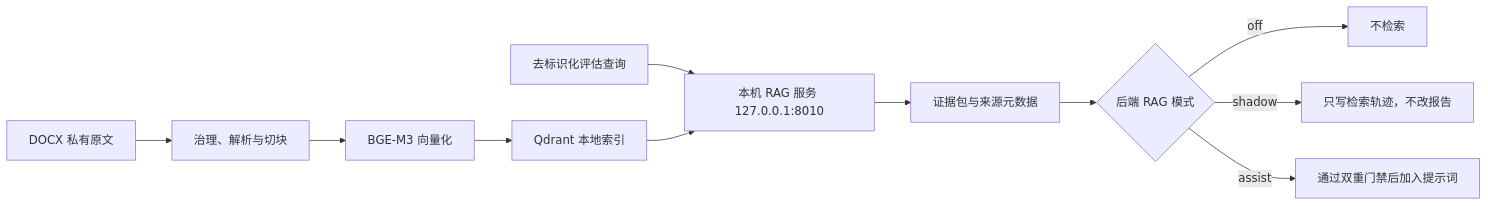
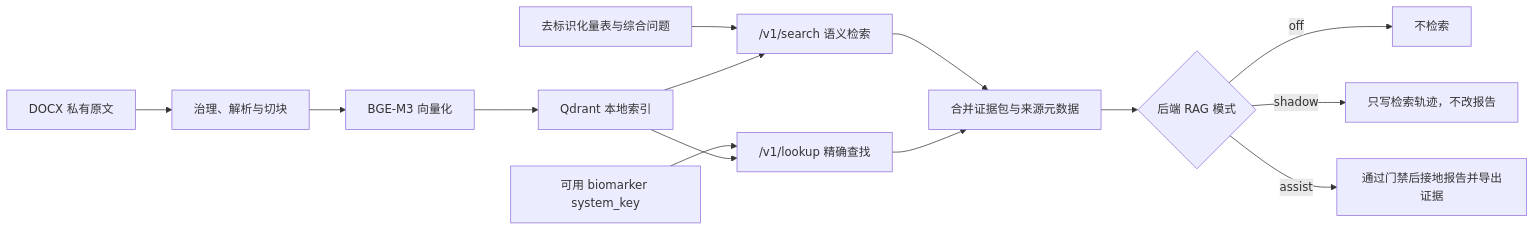
Before and after one commit to cty2489/Rehabilitation-Assessment-System-main: the diagram in docs/RAG_GROUNDING.md, drawn with Mermaid. The commit also changed other lines of this file and 22 other files, not shown here.

Commit message:
Ground biomarker reports with exact RAG sources

````diff
--- a/docs/RAG_GROUNDING.md
+++ b/docs/RAG_GROUNDING.md
@@ -17,13 +17,16 @@
 ```mermaid
 flowchart LR
     A["DOCX 私有原文"] --> B["治理、解析与切块"]
     B --> C["BGE-M3 向量化"]
     C --> D["Qdrant 本地索引"]
-    E["去标识化评估查询"] --> F["本机 RAG 服务 127.0.0.1:8010"]
+    E["去标识化量表与综合问题"] --> F["/v1/search 语义检索"]
+    M["可用 biomarker system_key"] --> N["/v1/lookup 精确查找"]
     D --> F
-    F --> G["证据包与来源元数据"]
+    D --> N
+    F --> G["合并证据包与来源元数据"]
+    N --> G
     G --> H{"后端 RAG 模式"}
     H -->|off| I["不检索"]
     H -->|shadow| J["只写检索轨迹，不改报告"]
-    H -->|assist| K["通过双重门禁后加入提示词"]
+    H -->|assist| K["通过门禁后接地报告并导出证据"]
 ```
````
